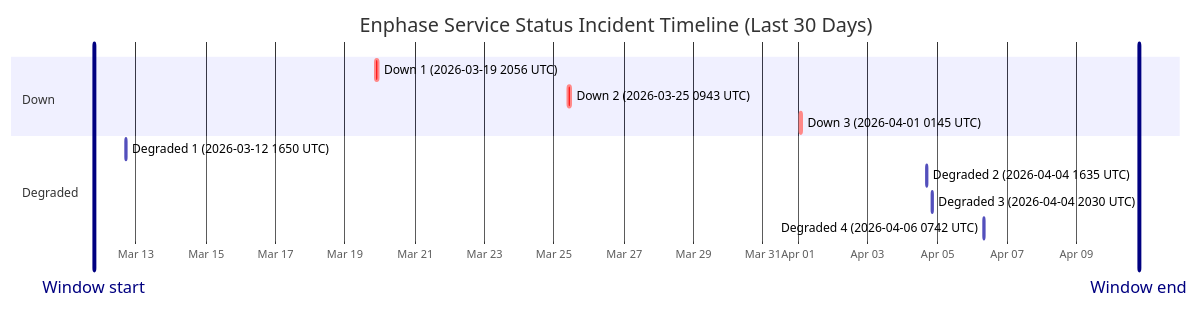
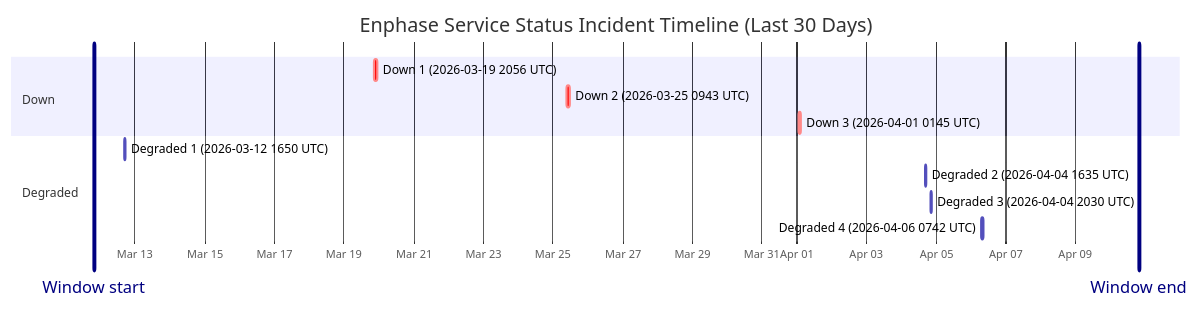
The diagram in wiki/Service-Status-History.md (barneyonline/ha-enphase-ev-charger), drawn with Mermaid before and after one commit. The commit also changed other lines of this file and 3 other files, not shown here.

````diff
--- a/wiki/Service-Status-History.md
+++ b/wiki/Service-Status-History.md
@@ -14,17 +14,17 @@
 ```mermaid
 gantt
     title Enphase Service Status Incident Timeline (Last 30 Days)
     dateFormat  YYYY-MM-DDTHH:mm:ss
     axisFormat  %b %d
-    Window start :vert, window-start, 2026-03-11T18:51:42, 0ms
-    Window end :vert, window-end, 2026-04-10T18:51:42, 0ms
+    Window start :vert, window-start, 2026-03-11T19:42:57, 0ms
+    Window end :vert, window-end, 2026-04-10T19:42:57, 0ms
     section Down
     Down 1 (2026-03-19 2056 UTC) :crit, down-1, 2026-03-19T20:56:20, 145m
     Down 2 (2026-03-25 0943 UTC) :crit, down-2, 2026-03-25T09:43:28, 111m
     Down 3 (2026-04-01 0145 UTC) :crit, down-3, 2026-04-01T01:45:09, 60m
     section Degraded
     Degraded 1 (2026-03-12 1650 UTC) :active, degraded-1, 2026-03-12T16:50:43, 60m
     Degraded 2 (2026-04-04 1635 UTC) :active, degraded-2, 2026-04-04T16:35:17, 60m
     Degraded 3 (2026-04-04 2030 UTC) :active, degraded-3, 2026-04-04T20:30:40, 60m
     Degraded 4 (2026-04-06 0742 UTC) :active, degraded-4, 2026-04-06T07:42:09, 85m
 ```
````
